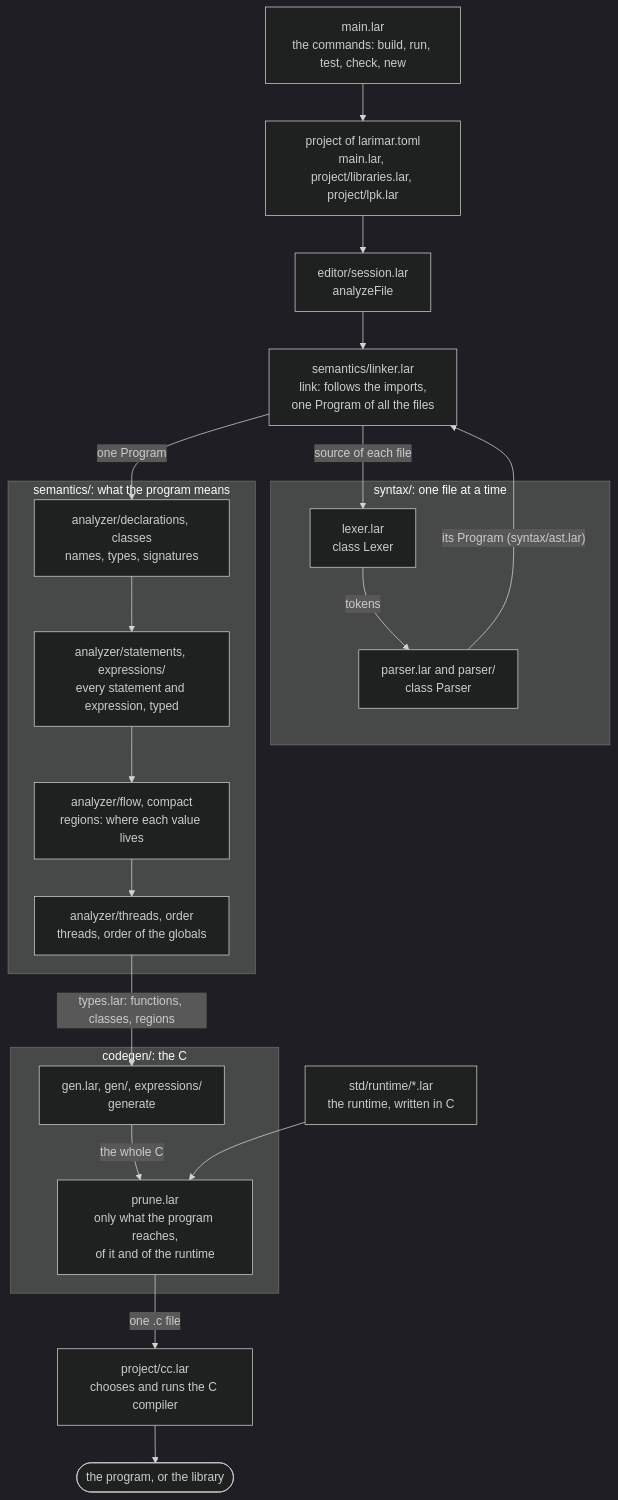
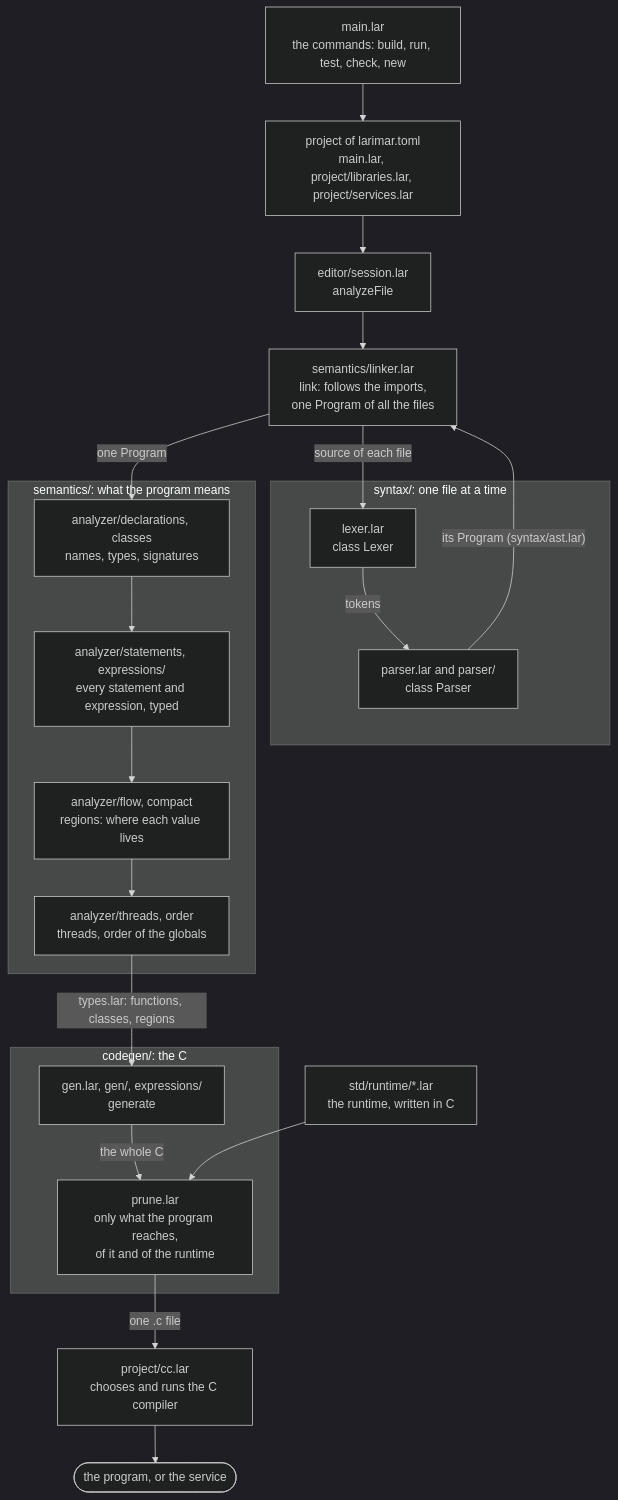
Before and after one commit to zerh/larimar: the first of 4 diagrams in CONTRIBUTING.md, drawn with Mermaid (dark theme). The commit also changed other lines of this file and 54 other files, not shown here.

Commit message:
Larimar 1.9.0: services, std.os.rpc, std.os.shared, ProcessPool; no C for programs

````diff
--- a/CONTRIBUTING.md
+++ b/CONTRIBUTING.md
@@ -13,32 +14,32 @@
 ```mermaid
 flowchart TB
     cmd["main.lar<br/>the commands: build, run, test, check, new"]
-    proj["project of larimar.toml<br/>main.lar, project/libraries.lar, project/lpk.lar"]
+    proj["project of larimar.toml<br/>main.lar, project/libraries.lar, project/services.lar"]
     session["editor/session.lar<br/>analyzeFile"]
     subgraph syntax["syntax/: one file at a time"]
         lexer["lexer.lar<br/>class Lexer"] -- tokens --> parser["parser.lar and parser/<br/>class Parser"]
     end
     linker["semantics/linker.lar<br/>link: follows the imports,<br/>one Program of all the files"]
     subgraph semantics["semantics/: what the program means"]
         decl["analyzer/declarations, classes<br/>names, types, signatures"]
         body["analyzer/statements, expressions/<br/>every statement and expression, typed"]
         flow["analyzer/flow, compact<br/>regions: where each value lives"]
         last["analyzer/threads, order<br/>threads, order of the globals"]
         decl --> body --> flow --> last
     end
     subgraph codegen["codegen/: the C"]
         gen["gen.lar, gen/, expressions/<br/>generate"] -- "the whole C" --> prune["prune.lar<br/>only what the program reaches,<br/>of it and of the runtime"]
     end
     runtime["std/runtime/*.lar<br/>the runtime, written in C"]
     cc["project/cc.lar<br/>chooses and runs the C compiler"]
-    exe(["the program, or the library"])
+    exe(["the program, or the service"])
 
     cmd --> proj --> session
     session --> linker
     linker -- "source of each file" --> lexer
     parser -- "its Program (syntax/ast.lar)" --> linker
     linker -- "one Program" --> decl
     last -- "types.lar: functions, classes, regions" --> gen
     runtime --> prune
     prune -- "one .c file" --> cc --> exe
 ```
````
